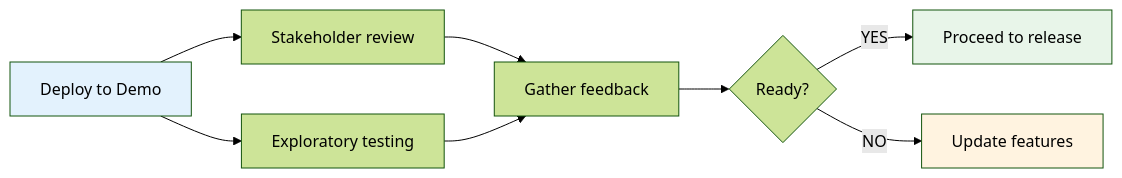
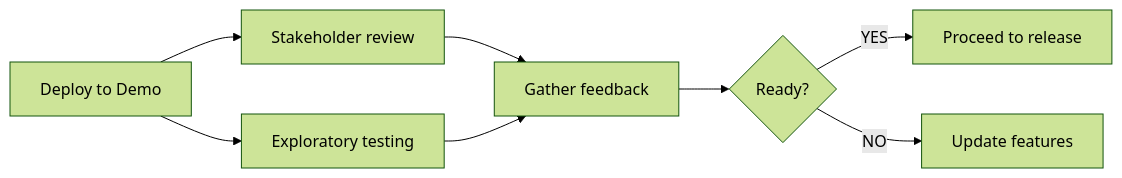
The first of 6 diagrams in docs/explanation/continuous-delivery/cd-model/cd-model-stages-7-12.md (ready-to-release/eac), drawn with Mermaid (forest theme) before and after one commit. The commit also changed other lines of this file and 28 other files, not shown here.

````diff
--- a/docs/explanation/continuous-delivery/cd-model/cd-model-stages-7-12.md
+++ b/docs/explanation/continuous-delivery/cd-model/cd-model-stages-7-12.md
@@ -13,16 +13,13 @@
 ```mermaid
 flowchart LR
     Demo[Deploy to Demo] --> Stake[Stakeholder review]
     Demo --> Explore[Exploratory testing]
 
     Stake --> Feedback[Gather feedback]
     Explore --> Feedback
 
     Feedback --> Decision{Ready?}
     Decision -->|YES| Proceed[Proceed to release]
     Decision -->|NO| Iterate[Update features]
 
-    style Demo fill:#e3f2fd
-    style Proceed fill:#e8f5e9
-    style Iterate fill:#fff3e0
 ```
````
